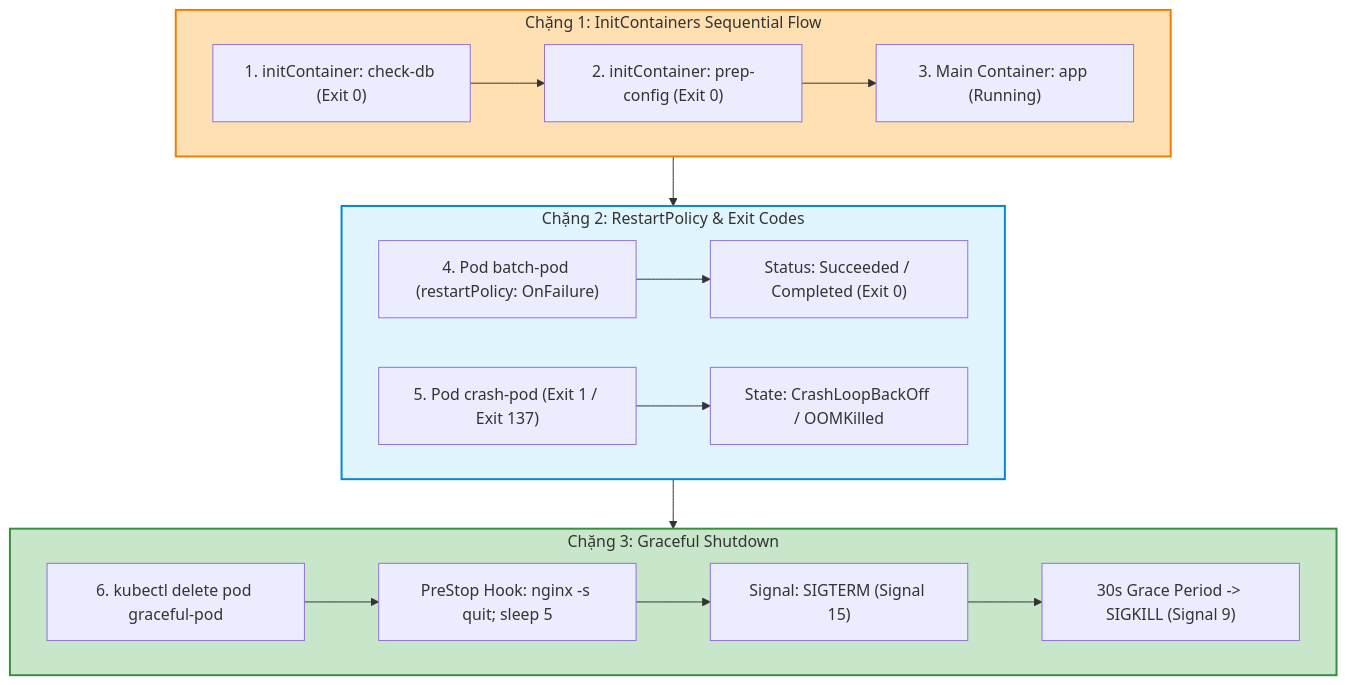
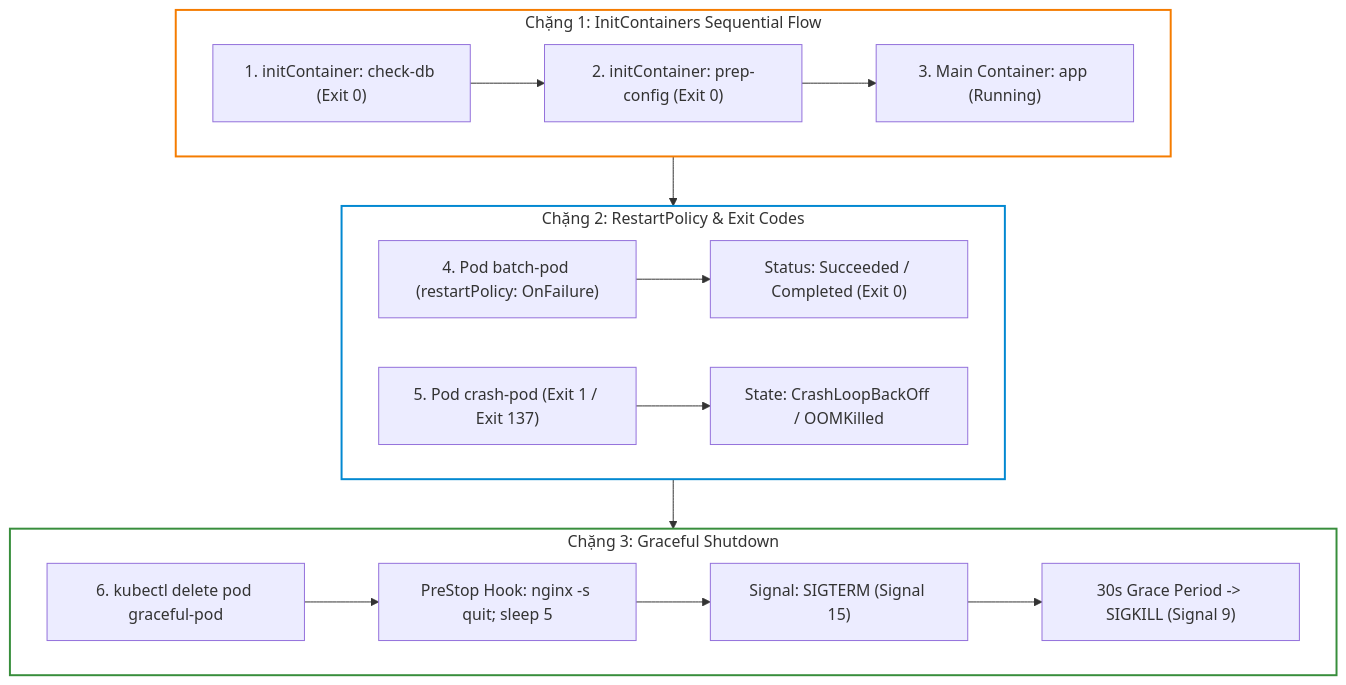
The third of 3 diagrams in _posts/2026-09-12-cka-14-14-pod-va-vong-doi.md (kiennt308/ntk), drawn with Mermaid before and after one commit. The commit also changed other lines of this file and 207 other files, not shown here.

Commit message:
feat(posts): batch standardize all 208 posts with TL;DR, qa-card accordion, fill:none mermaid, and liquid raw wrappers

````diff
--- a/_posts/2026-09-12-cka-14-14-pod-va-vong-doi.md
+++ b/_posts/2026-09-12-cka-14-14-pod-va-vong-doi.md
@@ -503,24 +507,24 @@
 ```mermaid
 graph TD
     subgraph Init_Lab ["Chặng 1: InitContainers Sequential Flow"]
         INIT1["1. initContainer: check-db (Exit 0)"] --> INIT2["2. initContainer: prep-config (Exit 0)"]
         INIT2 --> MAIN["3. Main Container: app (Running)"]
     end
 
     subgraph Exit_Lab ["Chặng 2: RestartPolicy & Exit Codes"]
         BATCH["4. Pod batch-pod (restartPolicy: OnFailure)"] --> COMPLETED["Status: Succeeded / Completed (Exit 0)"]
         CRASH["5. Pod crash-pod (Exit 1 / Exit 137)"] --> BACKOFF["State: CrashLoopBackOff / OOMKilled"]
     end
 
     subgraph Graceful_Lab ["Chặng 3: Graceful Shutdown"]
         DEL_POD["6. kubectl delete pod graceful-pod"] --> PRESTOP["PreStop Hook: nginx -s quit; sleep 5"]
         PRESTOP --> SIGTERM["Signal: SIGTERM (Signal 15)"]
         SIGTERM --> TIMEOUT["30s Grace Period -> SIGKILL (Signal 9)"]
     end
 
     Init_Lab --> Exit_Lab --> Graceful_Lab
 
-    style Init_Lab fill:#ffe0b2,stroke:#f57c00,stroke-width:2px
-    style Exit_Lab fill:#e1f5fe,stroke:#0288d1,stroke-width:2px
-    style Graceful_Lab fill:#c8e6c9,stroke:#388e3c,stroke-width:2px
+    style Init_Lab fill:none,stroke:#f57c00,stroke-width:2px
+    style Exit_Lab fill:none,stroke:#0288d1,stroke-width:2px
+    style Graceful_Lab fill:none,stroke:#388e3c,stroke-width:2px
 ```
````
